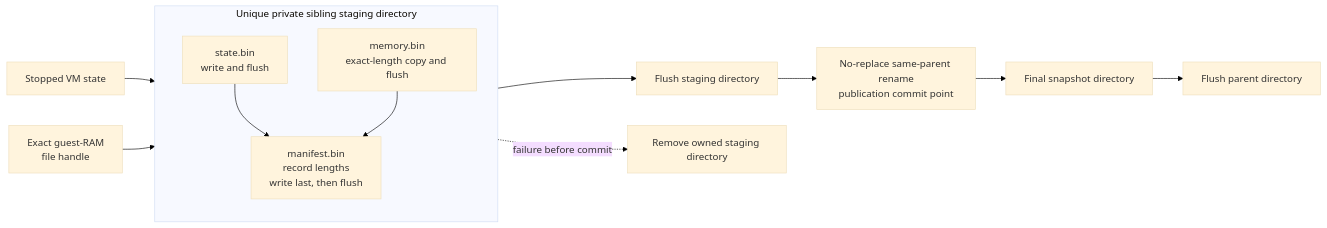
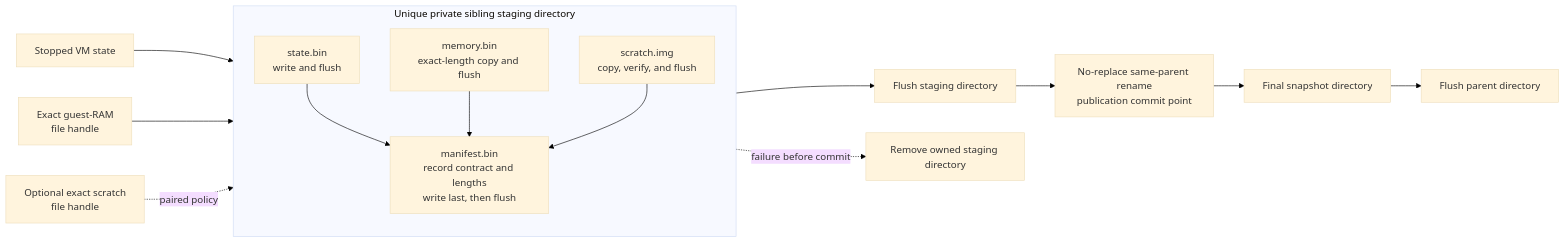
One commit to microsoft/nvx changed the sixth of 7 diagrams in doc/design.md. Above: the diagram before and after it, drawn with Mermaid. The commit also changed other lines of this file and 3 other files, not shown here.

````diff
--- a/doc/design.md
+++ b/doc/design.md
@@ -481,24 +519,27 @@
 ```mermaid
 %%{init: {"theme": "base", "themeVariables": {"background": "#ffffff"}}}%%
 flowchart LR
    State["Stopped VM state"]
    Ram["Exact guest-RAM<br/>file handle"]
+   Scratch["Optional exact scratch<br/>file handle"]
 
    subgraph Staging["Unique private sibling staging directory"]
       direction TB
       StateFile["state.bin<br/>write and flush"]
       MemoryFile["memory.bin<br/>exact-length copy and flush"]
-      ManifestFile["manifest.bin<br/>record lengths<br/>write last, then flush"]
+      ScratchFile["scratch.img<br/>copy, verify, and flush"]
+      ManifestFile["manifest.bin<br/>record contract and lengths<br/>write last, then flush"]
    end
 
    SyncStaging["Flush staging directory"]
    Rename["No-replace same-parent rename<br/>publication commit point"]
    Final["Final snapshot directory"]
    SyncParent["Flush parent directory"]
    Cleanup["Remove owned staging directory"]
 
    State --> StateFile --> ManifestFile
    Ram --> MemoryFile --> ManifestFile
+   Scratch -. paired policy .-> ScratchFile --> ManifestFile
    ManifestFile --> SyncStaging --> Rename --> Final --> SyncParent
    Staging -. failure before commit .-> Cleanup
 ```
````
